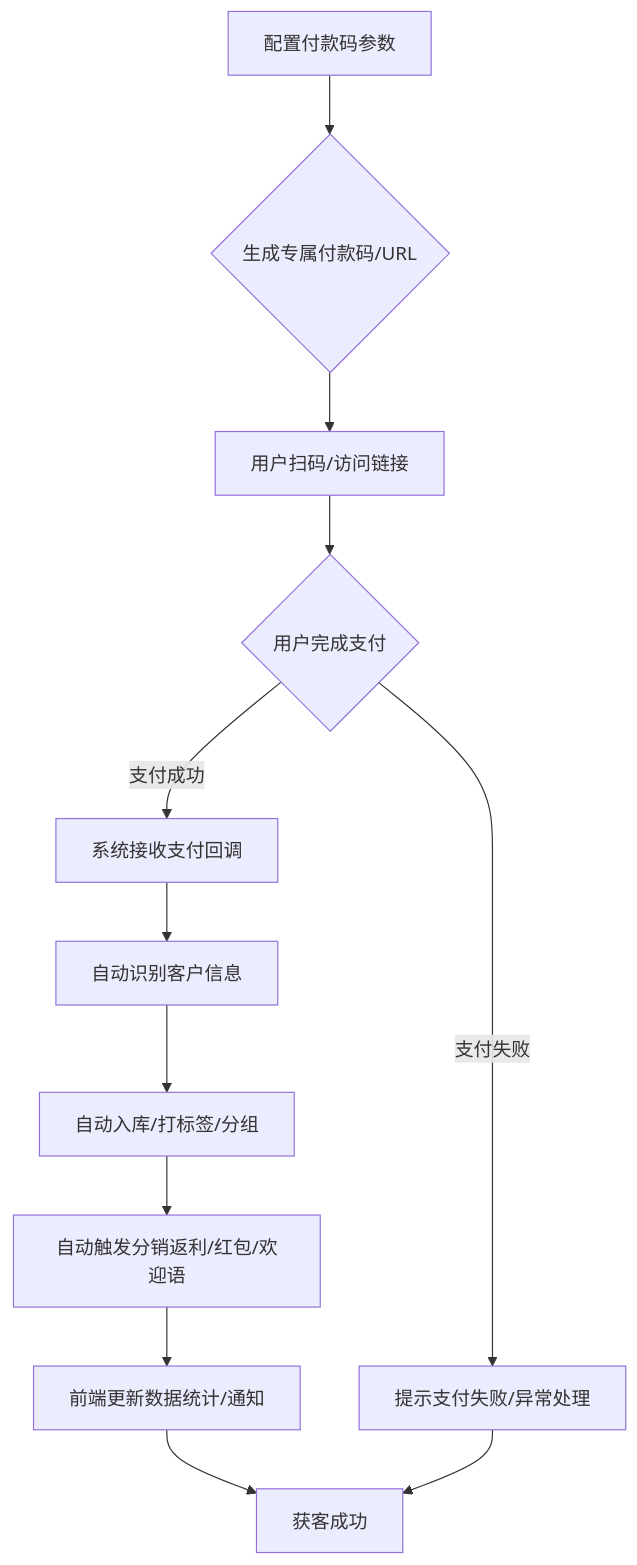
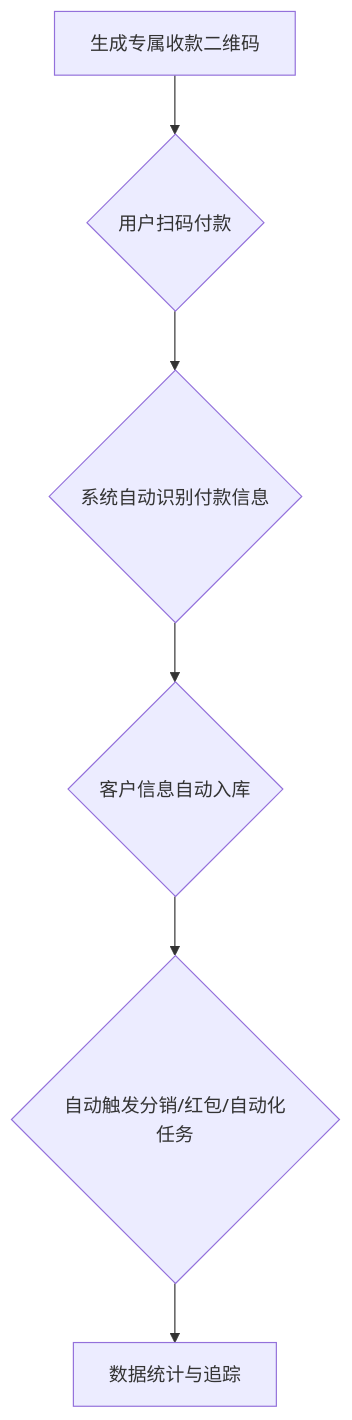
One commit to fnvtk/cunkebao_doc changed the diagram in 4、前端/前端-场景获客-付款码获客功能.md. Above: the diagram before and after it, drawn with Mermaid. The commit also changed other lines of this file and 38 other files, not shown here.

Commit message:
feat: Add flowcharts and UI references to all frontend documentation

````diff
--- a/4、前端/前端-场景获客-付款码获客功能.md
+++ b/4、前端/前端-场景获客-付款码获客功能.md
@@ -8,14 +10,8 @@
 ```mermaid
 graph TD
-    A[配置付款码参数] --> B{生成专属付款码/URL};
-    B --> C[用户扫码/访问链接];
-    C --> D{用户完成支付};
-    D -- 支付成功 --> E[系统接收支付回调];
-    E --> F[自动识别客户信息];
-    F --> G[自动入库/打标签/分组];
-    G --> H[自动触发分销返利/红包/欢迎语];
-    H --> I[前端更新数据统计/通知];
-    I --> J[获客成功];
-    D -- 支付失败 --> K[提示支付失败/异常处理];
-    K --> J;
+    A[生成专属收款二维码] --> B{用户扫码付款};
+    B --> C{系统自动识别付款信息};
+    C --> D{客户信息自动入库};
+    D --> E{自动触发分销/红包/自动化任务};
+    E --> F[数据统计与追踪];
 ```
````
